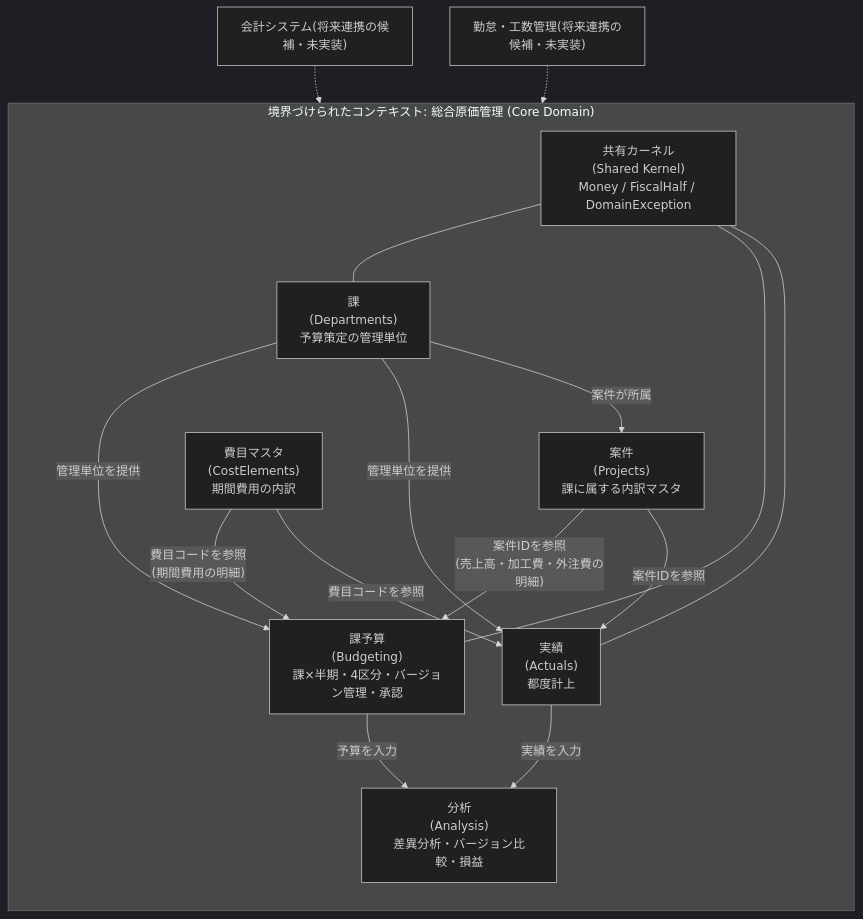
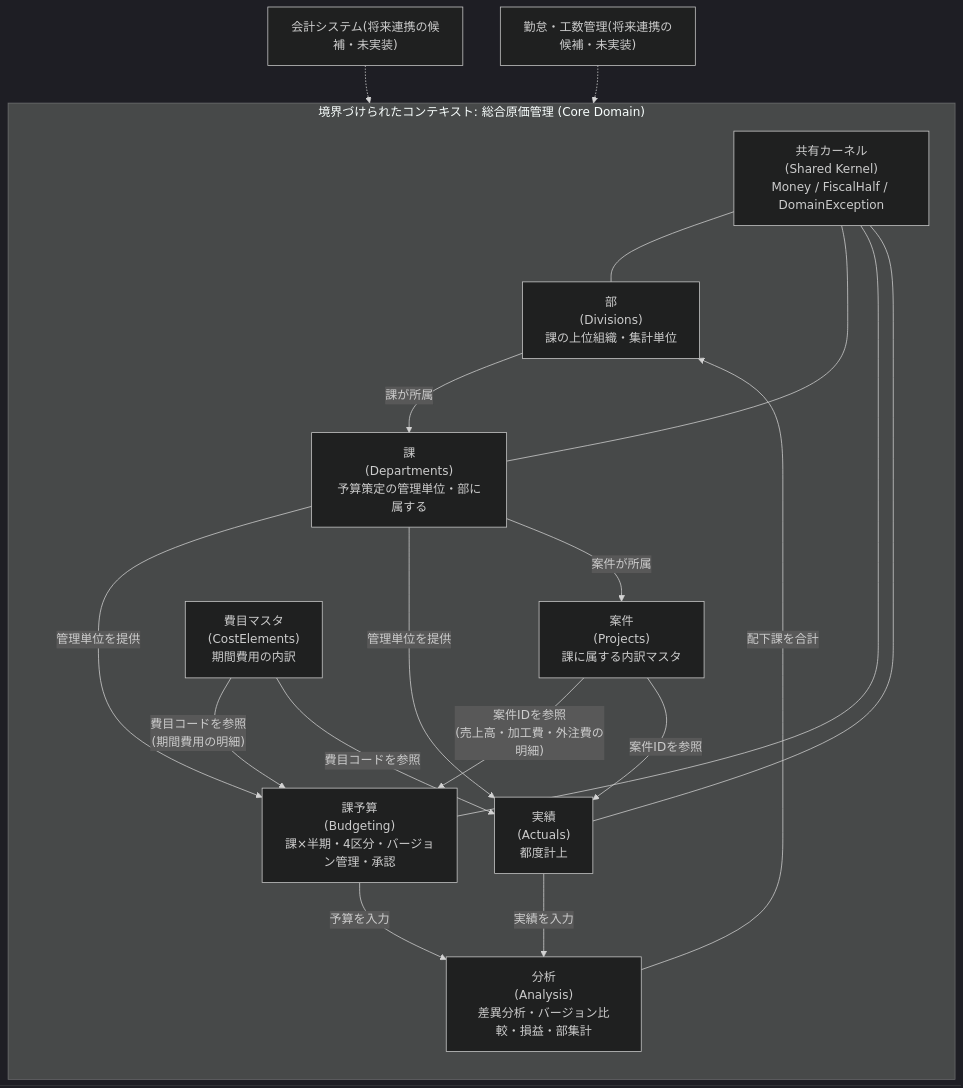
Before and after one commit to kyamanaka0923/fcpl-cost-management-system: the first of 9 diagrams in docs/DESIGN.md, drawn with Mermaid (dark theme). The commit also changed other lines of this file and 4 other files, not shown here.

````diff
--- a/docs/DESIGN.md
+++ b/docs/DESIGN.md
@@ -18,34 +18,38 @@
 ```mermaid
 flowchart TB
     subgraph BC["境界づけられたコンテキスト: 総合原価管理 (Core Domain)"]
         direction TB
         SK["共有カーネル<br/>(Shared Kernel)<br/>Money / FiscalHalf / DomainException"]
 
-        DP["課<br/>(Departments)<br/>予算策定の管理単位"]
+        DV["部<br/>(Divisions)<br/>課の上位組織・集計単位"]
+        DP["課<br/>(Departments)<br/>予算策定の管理単位・部に属する"]
         PJ["案件<br/>(Projects)<br/>課に属する内訳マスタ"]
         CE["費目マスタ<br/>(CostElements)<br/>期間費用の内訳"]
         BG["課予算<br/>(Budgeting)<br/>課×半期・4区分・バージョン管理・承認"]
         AC["実績<br/>(Actuals)<br/>都度計上"]
-        AN["分析<br/>(Analysis)<br/>差異分析・バージョン比較・損益"]
+        AN["分析<br/>(Analysis)<br/>差異分析・バージョン比較・損益・部集計"]
 
+        DV -->|課が所属| DP
         DP -->|管理単位を提供| BG
         DP -->|管理単位を提供| AC
         DP -->|案件が所属| PJ
         PJ -->|"案件IDを参照<br/>(売上高・加工費・外注費の明細)"| BG
         PJ -->|案件IDを参照| AC
         CE -->|"費目コードを参照<br/>(期間費用の明細)"| BG
         CE -->|費目コードを参照| AC
 
         BG -->|予算を入力| AN
         AC -->|実績を入力| AN
+        AN -->|"配下課を合計"| DV
     end
 
+    SK --- DV
     SK --- DP
     SK --- BG
     SK --- AC
 
     EXT1["会計システム(将来連携の候補・未実装)"]
     EXT2["勤怠・工数管理(将来連携の候補・未実装)"]
     EXT1 -.-> BC
     EXT2 -.-> BC
 ```
````
